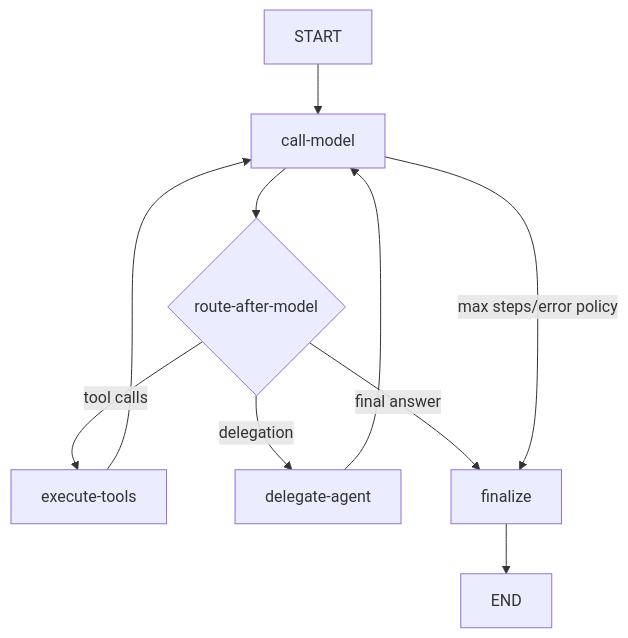
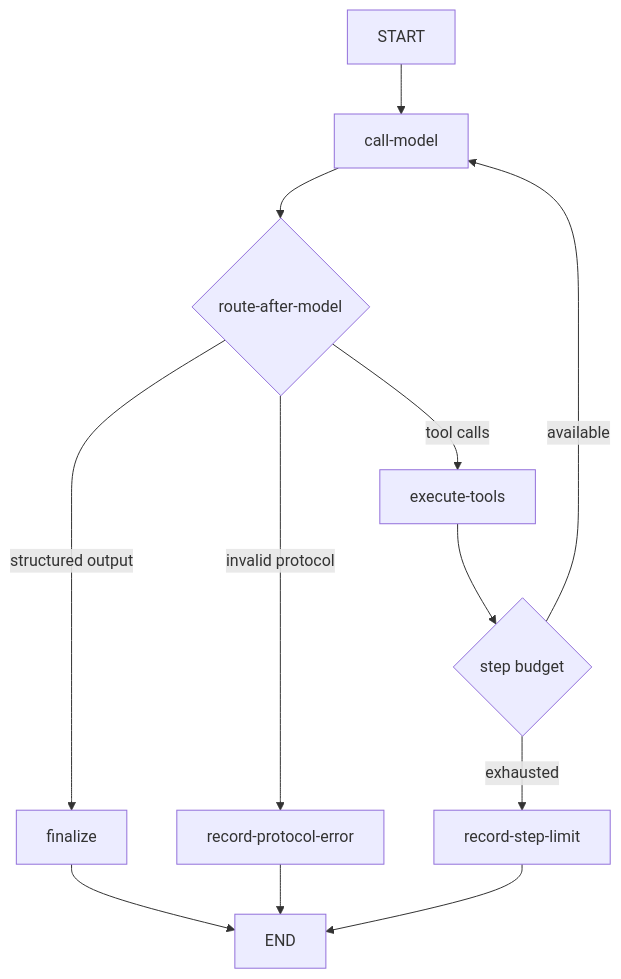
Before and after one commit to sarreche/boio-agents-lab: the second of 4 diagrams in README.md, drawn with Mermaid. The commit also changed other lines of this file and 21 other files, not shown here.

````diff
--- a/README.md
+++ b/README.md
@@ -123,12 +130,14 @@
 ```mermaid
 flowchart TD
     START --> CallModel[call-model]
     CallModel --> Route{route-after-model}
     Route -->|tool calls| ExecuteTools[execute-tools]
-    Route -->|delegation| Delegate[delegate-agent]
-    Route -->|final answer| Finalize[finalize]
-    ExecuteTools --> CallModel
-    Delegate --> CallModel
+    Route -->|structured output| Finalize[finalize]
+    Route -->|invalid protocol| Protocol[record-protocol-error]
+    ExecuteTools --> Budget{step budget}
+    Budget -->|available| CallModel
+    Budget -->|exhausted| Limit[record-step-limit]
     Finalize --> END
-    CallModel -->|max steps/error policy| Finalize
+    Protocol --> END
+    Limit --> END
 ```
````
